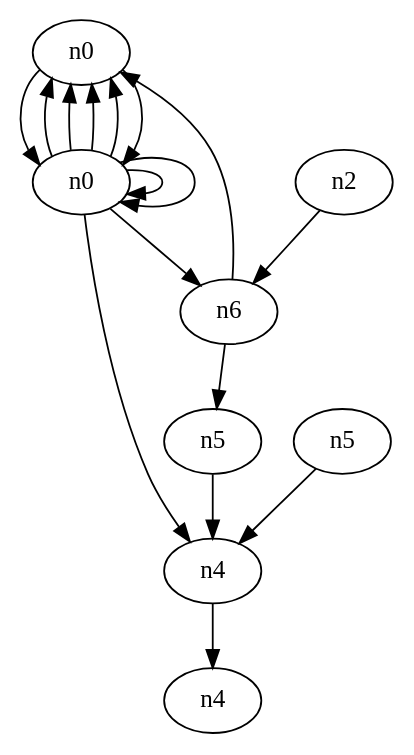
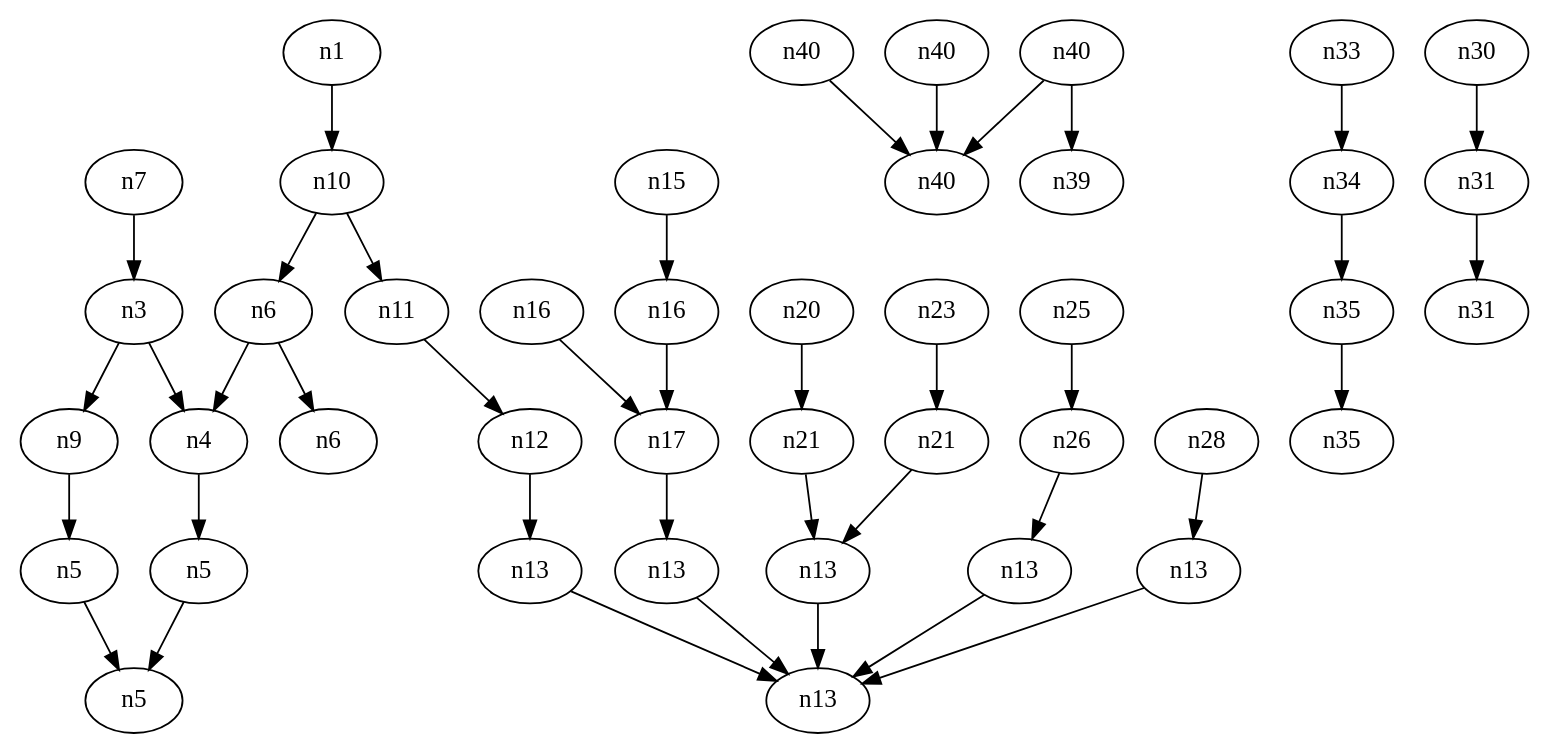
The diagram in 12_graphml_yed_dot_graphviz_csv_parser/graph_short.dot (sarnobat/cpp_makefile_helloworld), drawn with Graphviz before and after one commit. The commit also changed 11 other files, not shown here.

Commit message:
2025-11-19: .DS_Store Makefile edges.csv edges_short.csv graph.dot graph_short.dot graph_short.png graphml_reader.old graphviz.grapheasy.txt.out nodes.csv nodes_short.csv out.png

```diff
--- a/12_graphml_yed_dot_graphviz_csv_parser/graph_short.dot
+++ b/12_graphml_yed_dot_graphviz_csv_parser/graph_short.dot
@@ -1,25 +1,76 @@
 digraph G {
-    "n1" [label="n0"];
-    "n3" [label="n2"];
-    "n7" [label="n5"];
-    "n0" [label="n0"];
-    "n5" [label="n4"];
-    "n6" [label="n5"];
+    "n21" [label="n13"];
+    "n26" [label="n13"];
+    "n36" [label="n40"];
+    "n33" [label="n34"];
+    "n32" [label="n33"];
+    "n38" [label="n40"];
+    "n30" [label="n31"];
+    "n28" [label="n13"];
+    "n27" [label="n28"];
+    "n12" [label="n13"];
+    "n18" [label="n16"];
+    "n25" [label="n26"];
+    "n23" [label="n21"];
+    "n22" [label="n23"];
+    "n10" [label="n11"];
+    "n8" [label="n9"];
+    "n17" [label="n13"];
+    "n37" [label="n40"];
+    "n16" [label="n17"];
+    "n29" [label="n30"];
+    "n15" [label="n16"];
+    "n14" [label="n15"];
+    "n24" [label="n25"];
+    "n20" [label="n21"];
+    "n7" [label="n3"];
+    "n1" [label="n10"];
+    "n34" [label="n35"];
+    "n9" [label="n5"];
+    "n3" [label="n4"];
     "n2" [label="n6"];
+    "n19" [label="n20"];
+    "n4" [label="n5"];
+    "n11" [label="n12"];
+    "n41" [label="n7"];
+    "n0" [label="n1"];
     "n0" -> "n1";
-    "n0" -> "n2";
-    "n2" -> "n1";
-    "n0" -> "n1";
-    "n0" -> "n1";
-    "n0" -> "n0";
-    "n6" -> "n5";
-    "n7" -> "n5";
-    "n5" -> "n4";
-    "n3" -> "n2";
-    "n0" -> "n1";
-    "n0" -> "n5";
-    "n0" -> "n0";
+    "n1" -> "n2";
+    "n2" -> "n3";
+    "n3" -> "n4";
+    "n4" -> "n5";
+    "n7" -> "n8";
+    "n8" -> "n9";
+    "n9" -> "n5";
+    "n1" -> "n10";
+    "n10" -> "n11";
+    "n11" -> "n12";
+    "n12" -> "n13";
+    "n14" -> "n15";
+    "n15" -> "n16";
+    "n16" -> "n17";
+    "n17" -> "n13";
+    "n18" -> "n16";
+    "n19" -> "n20";
+    "n20" -> "n21";
+    "n22" -> "n23";
+    "n23" -> "n21";
+    "n24" -> "n25";
+    "n25" -> "n26";
+    "n27" -> "n28";
+    "n28" -> "n13";
+    "n29" -> "n30";
+    "n30" -> "n31";
+    "n32" -> "n33";
+    "n33" -> "n34";
+    "n34" -> "n35";
+    "n36" -> "n40";
+    "n37" -> "n40";
+    "n38" -> "n39";
     "n2" -> "n6";
-    "n1" -> "n0";
-    "n1" -> "n0";
+    "n41" -> "n7";
+    "n21" -> "n13";
+    "n26" -> "n13";
+    "n7" -> "n3";
+    "n38" -> "n40";
 }
```
